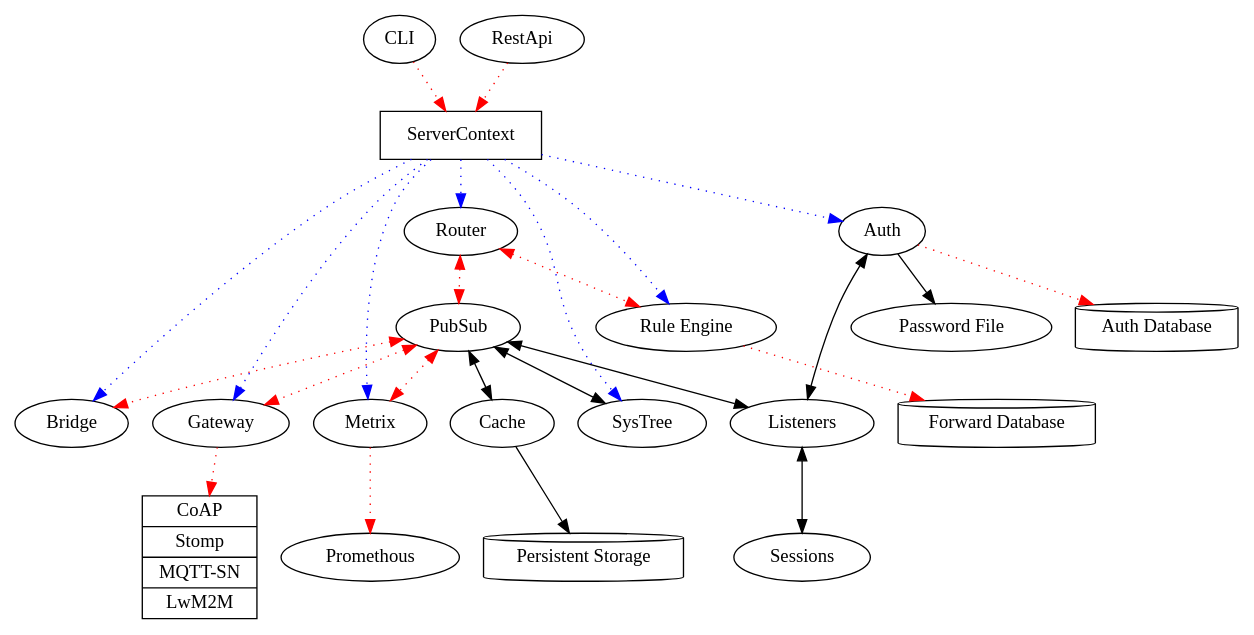
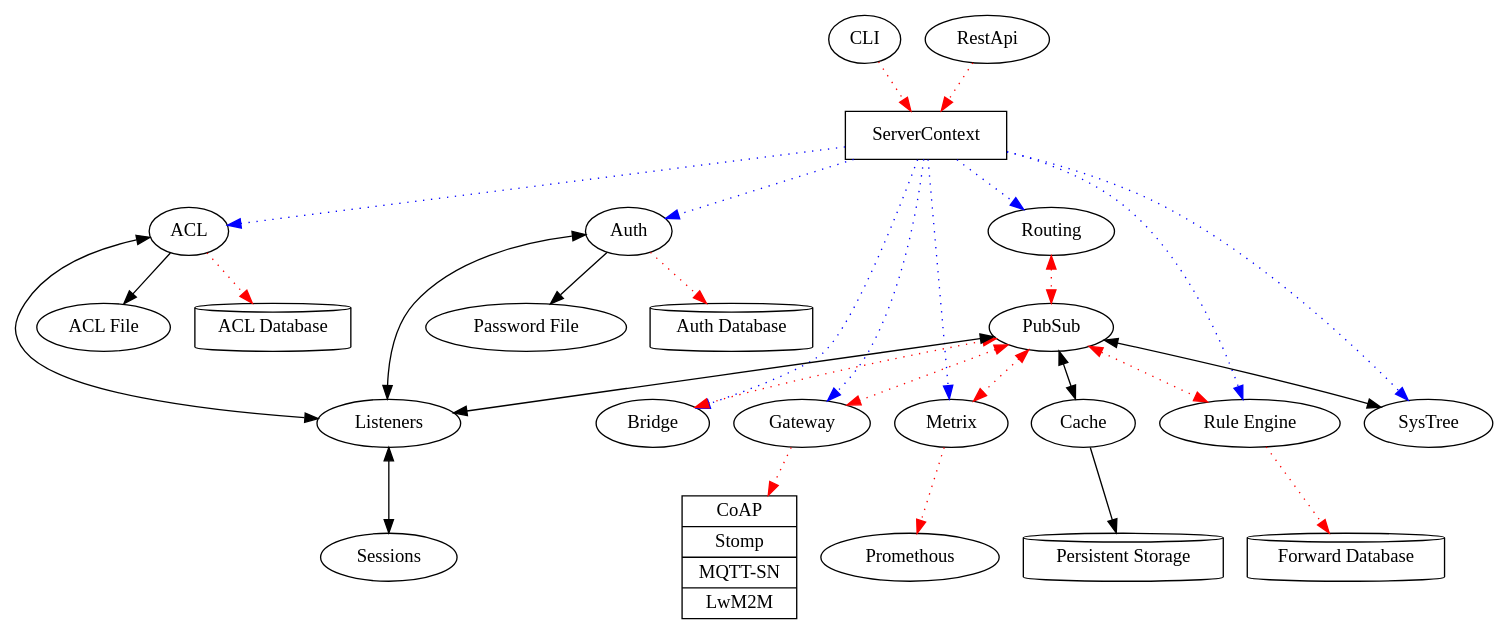
One commit to RustRobotics/hebo changed the diagram in docs/internal.dot. Above: the diagram before and after it, drawn with Graphviz.

Commit message:
docs: Add ACL app

```diff
--- a/docs/internal.dot
+++ b/docs/internal.dot
@@ -1,51 +1,58 @@
 
 digraph {
 	// cli
 	CLI -> ServerContext [style=dotted, color=red];
 
 	// dashboard app
 	RestApi -> ServerContext [style=dotted, color=red];
 
 	ServerContext [shape=box];
+	ServerContext -> ACL [style=dotted, color=blue];
 	ServerContext -> Auth [style=dotted, color=blue];
 	ServerContext -> Bridge [style=dotted, color=blue];
 	ServerContext -> Gateway [style=dotted, color=blue];
 	ServerContext -> Metrix [style=dotted, color=blue];
-	ServerContext -> Router [style=dotted, color=blue];
+	ServerContext -> Routing [style=dotted, color=blue];
 	ServerContext -> "Rule Engine" [style=dotted, color=blue];
 	ServerContext -> SysTree [style=dotted, color=blue];
 
-	Router -> PubSub [dir=both, color=red, style=dotted];
+	Routing -> PubSub [dir=both, color=red, style=dotted];
 
 	PubSub -> Listeners [dir=both];
 	Listeners -> Sessions [dir=both];
 
 	PubSub -> SysTree [dir=both];
 
 	PubSub -> Cache [dir=both];
 	"Persistent Storage" [shape=cylinder];
 	Cache -> "Persistent Storage";
 
+	// ACL app
+	ACL -> Listeners [dir=both];
+	ACL -> "ACL File";
+	"ACL Database" [shape=cylinder];
+	ACL -> "ACL Database" [style=dotted, color=red];
+
 	// auth app
 	Auth -> Listeners [dir=both];
 	Auth -> "Password File";
 	"Auth Database" [shape=cylinder];
 	Auth -> "Auth Database" [style=dotted, color=red];
 
+	// mqtt bridge app
+	PubSub -> Bridge [dir=both,style=dotted, color=red];
+
 	// gateway app
 	PubSub -> Gateway [dir=both, style=dotted, color=red];
 	ExternalProtocols [shape=record, label="{ CoAP | Stomp | MQTT-SN | LwM2M }"];
 	Gateway -> ExternalProtocols [style=dotted, color=red];
 
-	// mqtt bridge app
-	PubSub -> Bridge [dir=both,style=dotted, color=red];
-
-	// rule engine app
-	Router -> "Rule Engine" [dir=both, style=dotted, color=red];
-	"Forward Database" [shape=cylinder];
-	"Rule Engine" -> "Forward Database" [style=dotted, color=red];
-
 	// monitor app
 	PubSub -> Metrix [dir=both, style=dotted, color=red];
 	Metrix -> Promethous [style=dotted, color=red];
+
+	// rule engine app
+	PubSub -> "Rule Engine" [dir=both, style=dotted, color=red];
+	"Forward Database" [shape=cylinder];
+	"Rule Engine" -> "Forward Database" [style=dotted, color=red];
 }
```
